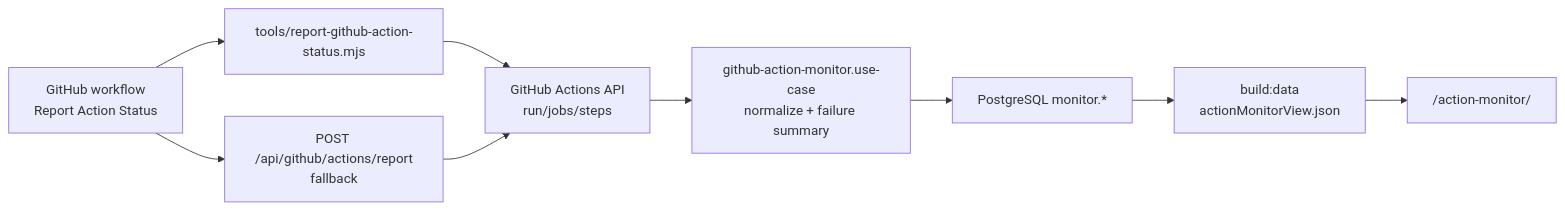
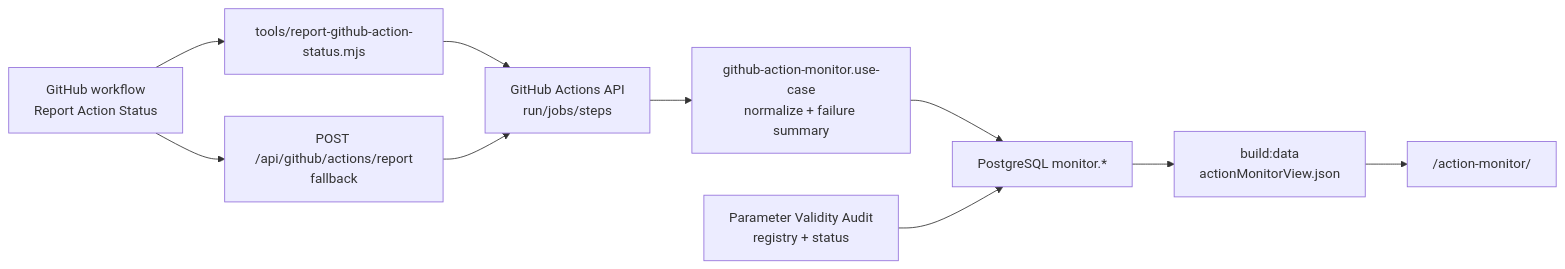
Before and after one commit to soulgo/training_records: the diagram in docs/02_系统核心逻辑/Action日志与失败补偿.md, drawn with Mermaid. The commit also changed other lines of this file and 34 other files, not shown here.

````diff
--- a/docs/02_系统核心逻辑/Action日志与失败补偿.md
+++ b/docs/02_系统核心逻辑/Action日志与失败补偿.md
@@ -40,11 +41,12 @@
 ```mermaid
 flowchart LR
   Workflow["GitHub workflow<br/>Report Action Status"] --> LocalReporter["tools/report-github-action-status.mjs"]
   Workflow --> HttpReporter["POST /api/github/actions/report<br/>fallback"]
   LocalReporter --> GitHubAPI["GitHub Actions API<br/>run/jobs/steps"]
   HttpReporter --> GitHubAPI
   GitHubAPI --> Normalize["github-action-monitor.use-case<br/>normalize + failure summary"]
   Normalize --> MonitorDB["PostgreSQL monitor.*"]
+  ParamAudit["Parameter Validity Audit<br/>registry + status"] --> MonitorDB
   MonitorDB --> SiteData["build:data<br/>actionMonitorView.json"]
   SiteData --> Page["/action-monitor/"]
 ```
````
